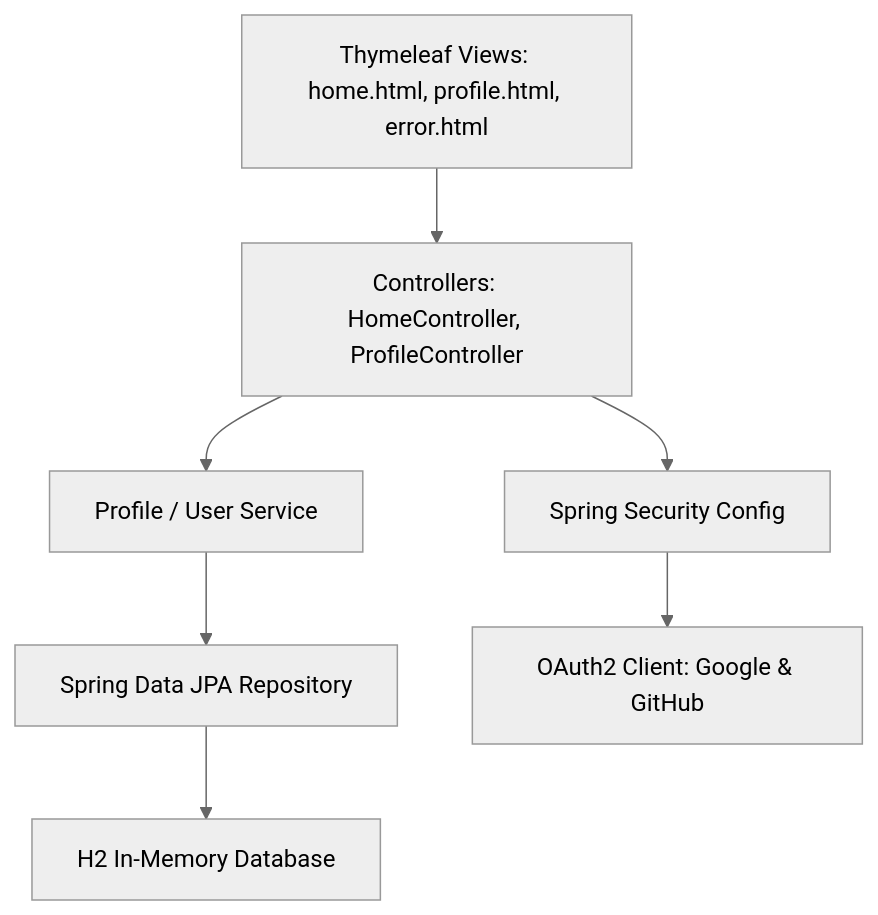
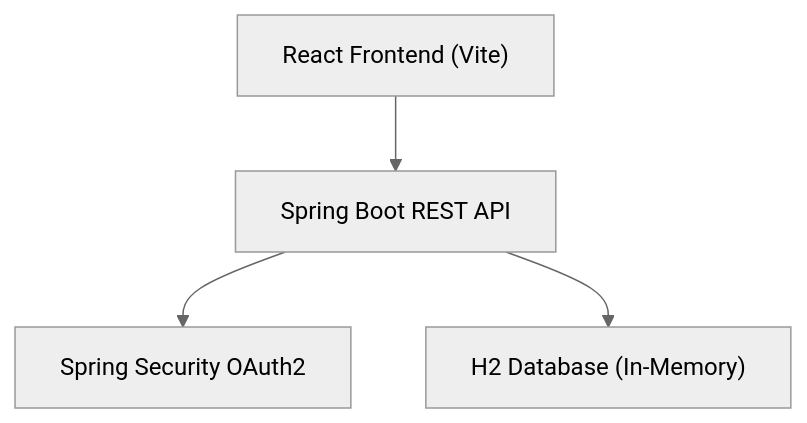
Before and after one commit to berna-ahito/oauth2-integration: the second of 2 diagrams in README.md, drawn with Mermaid (neutral theme). The commit also changed other lines of this file, not shown here.

````diff
--- a/README.md
+++ b/README.md
@@ -100,9 +135,6 @@
 ```mermaid
 graph TD
-  UI["Thymeleaf Views: home.html, profile.html, error.html"] --> MVC["Controllers: HomeController, ProfileController"]
-  MVC --> SEC["Spring Security Config"]
-  MVC --> SVC["Profile / User Service"]
-  SVC --> JPA["Spring Data JPA Repository"]
-  JPA --> DB["H2 In-Memory Database"]
-  SEC --> OIDC["OAuth2 Client: Google & GitHub"]
+  FRONT["React Frontend (Vite)"] --> API["Spring Boot REST API"]
+  API --> SEC["Spring Security OAuth2"]
+  API --> DB["H2 Database (In-Memory)"]
 ```
````
